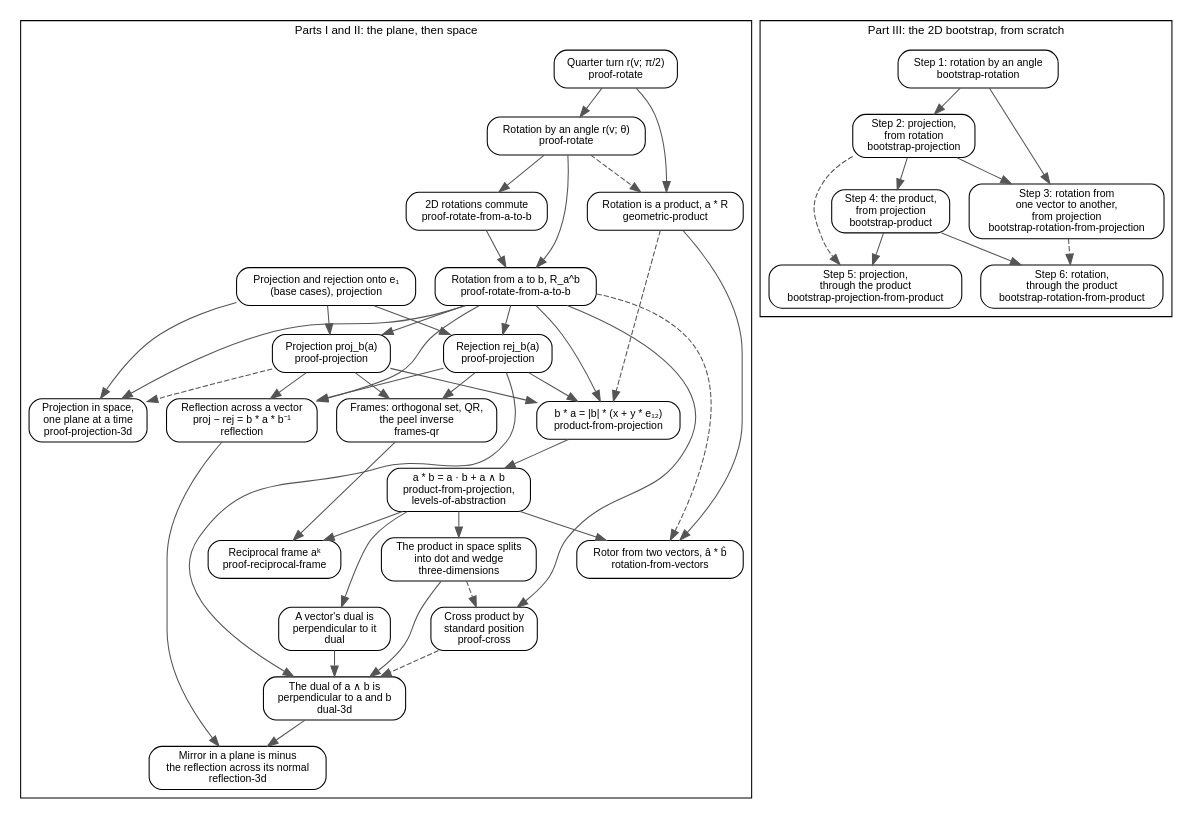
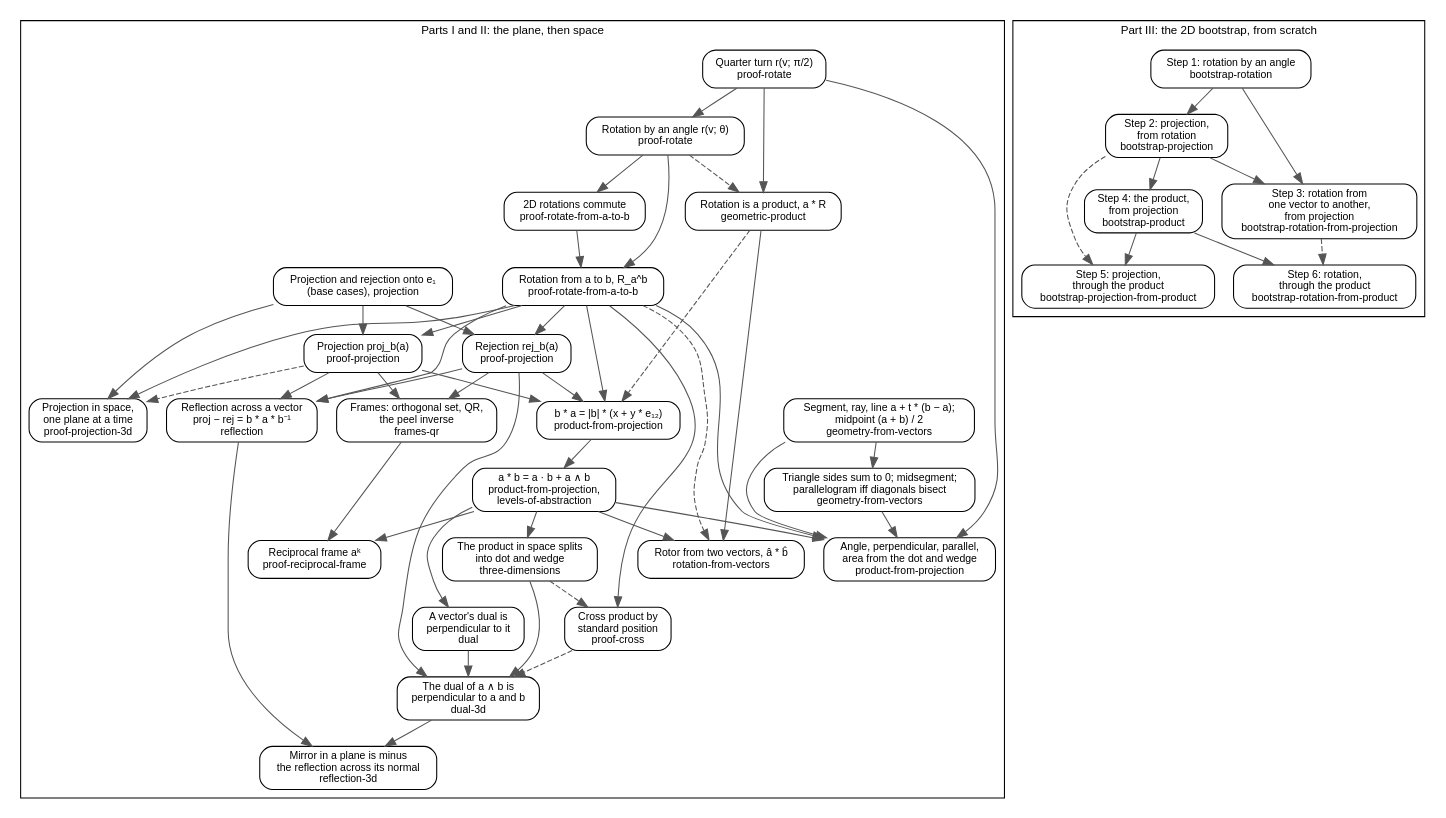
Before and after one commit to billsix/geometricalgebra: the diagram in book/docs/proof-dependencies.dot, drawn with Graphviz. The commit also changed 21 other files, not shown here.

```diff
--- a/book/docs/proof-dependencies.dot
+++ b/book/docs/proof-dependencies.dot
@@ -1,92 +1,101 @@
 // Which results the book builds on which, one node per named result.
 // A solid arrow X -> Y: Y's construction uses X. A dashed arrow X -> Y: Y is checked
 // against X, but not built from it. The second line of each node is the page that
 // proves it. Kept by hand; the rules it encodes are in
 // tasks/reference/teaching-order-and-dependencies.md, which says how to update it.
 digraph proof_dependencies {
     graph [rankdir=TB, fontname="Helvetica", fontsize=11, nodesep=0.25, ranksep=0.35];
     node [shape=box, style="rounded", fontname="Helvetica", fontsize=10];
     edge [color="#555555"];
 
     subgraph cluster_part_1_2 {
         label="Parts I and II: the plane, then space";
+        segment [label="Segment, ray, line a + t * (b − a);\nmidpoint (a + b) / 2\ngeometry-from-vectors"];
+        polygon [label="Triangle sides sum to 0; midsegment;\nparallelogram iff diagonals bisect\ngeometry-from-vectors"];
         quarter [label="Quarter turn r(v; π/2)\nproof-rotate"];
         rotation_by_angle [label="Rotation by an angle r(v; θ)\nproof-rotate"];
         commute [label="2D rotations commute\nproof-rotate-from-a-to-b"];
         rotation_from_to [label="Rotation from a to b, R_a^b\nproof-rotate-from-a-to-b"];
         base_projection [label="Projection and rejection onto e₁\n(base cases), projection"];
         projection [label="Projection proj_b(a)\nproof-projection"];
         rejection [label="Rejection rej_b(a)\nproof-projection"];
         rotation_as_product [label="Rotation is a product, a * R\ngeometric-product"];
         product_from_projection [label="b * a = |b| * (x + y * e₁₂)\nproduct-from-projection"];
         dot_and_wedge [label="a * b = a · b + a ∧ b\nproduct-from-projection,\nlevels-of-abstraction"];
         rotor_from_vectors [label="Rotor from two vectors, â * b̂\nrotation-from-vectors"];
         product_in_space [label="The product in space splits\ninto dot and wedge\nthree-dimensions"];
         projection_in_space [label="Projection in space,\none plane at a time\nproof-projection-3d"];
         cross [label="Cross product by\nstandard position\nproof-cross"];
         frames [label="Frames: orthogonal set, QR,\nthe peel inverse\nframes-qr"];
         reciprocal_frame [label="Reciprocal frame aᵏ\nproof-reciprocal-frame"];
         dual_perp [label="A vector's dual is\nperpendicular to it\ndual"];
         reflection [label="Reflection across a vector\nproj − rej = b * a * b⁻¹\nreflection"];
         reflection_plane [label="Mirror in a plane is minus\nthe reflection across its normal\nreflection-3d"];
         dual_of_plane [label="The dual of a ∧ b is\nperpendicular to a and b\ndual-3d"];
+        angle_area [label="Angle, perpendicular, parallel,\narea from the dot and wedge\nproduct-from-projection"];
 
+        segment -> polygon;
         quarter -> rotation_by_angle;
         rotation_by_angle -> commute;
         rotation_by_angle -> rotation_from_to;
         commute -> rotation_from_to;
         rotation_from_to -> projection;
         rotation_from_to -> rejection;
         base_projection -> projection;
         base_projection -> rejection;
         quarter -> rotation_as_product;
         rotation_by_angle -> rotation_as_product [style=dashed];
         rotation_from_to -> product_from_projection;
         projection -> product_from_projection;
         rejection -> product_from_projection;
         rotation_as_product -> product_from_projection [style=dashed];
         product_from_projection -> dot_and_wedge;
         dot_and_wedge -> rotor_from_vectors;
         rotation_as_product -> rotor_from_vectors;
         rotation_from_to -> rotor_from_vectors [style=dashed];
         dot_and_wedge -> product_in_space;
         rotation_from_to -> projection_in_space;
         base_projection -> projection_in_space;
         projection -> projection_in_space [style=dashed];
         rotation_from_to -> cross;
         product_in_space -> cross [style=dashed];
         projection -> frames;
         rejection -> frames;
         frames -> reciprocal_frame;
         dot_and_wedge -> reciprocal_frame;
         dot_and_wedge -> dual_perp;
         product_in_space -> dual_of_plane;
         rejection -> dual_of_plane;
         dual_perp -> dual_of_plane;
         cross -> dual_of_plane [style=dashed];
         rotation_from_to -> reflection;
         projection -> reflection;
         rejection -> reflection;
         reflection -> reflection_plane;
         dual_of_plane -> reflection_plane;
+        segment -> angle_area;
+        polygon -> angle_area;
+        quarter -> angle_area;
+        rotation_from_to -> angle_area;
+        dot_and_wedge -> angle_area;
     }
 
     subgraph cluster_part_3 {
         label="Part III: the 2D bootstrap, from scratch";
         step_1 [label="Step 1: rotation by an angle\nbootstrap-rotation"];
         step_2 [label="Step 2: projection,\nfrom rotation\nbootstrap-projection"];
         step_3 [label="Step 3: rotation from\none vector to another,\nfrom projection\nbootstrap-rotation-from-projection"];
         step_4 [label="Step 4: the product,\nfrom projection\nbootstrap-product"];
         step_5 [label="Step 5: projection,\nthrough the product\nbootstrap-projection-from-product"];
         step_6 [label="Step 6: rotation,\nthrough the product\nbootstrap-rotation-from-product"];
 
         step_1 -> step_2;
         step_1 -> step_3;
         step_2 -> step_3;
         step_2 -> step_4;
         step_4 -> step_5;
         step_2 -> step_5 [style=dashed];
         step_4 -> step_6;
         step_3 -> step_6 [style=dashed];
     }
 }
```
